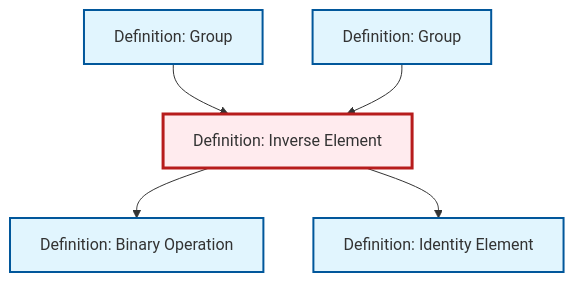
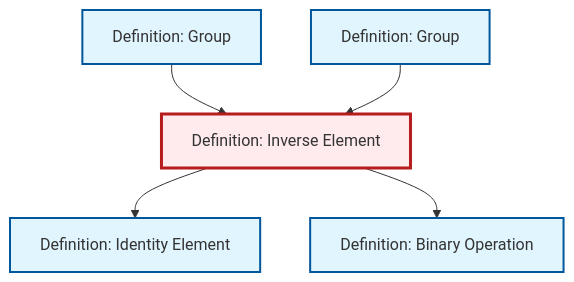
The diagram in output/mermaid/def-inverse-element.mermaid (RK0429/ModernMath), drawn with Mermaid before and after one commit. The commit also changed other lines of this file and 732 other files, not shown here.

````diff
--- a/output/mermaid/def-inverse-element.mermaid
+++ b/output/mermaid/def-inverse-element.mermaid
@@ -1,19 +1,19 @@
 ```{mermaid}
 %%| fig-cap: "Local dependency graph"
 graph TD
     classDef definition fill:#e1f5fe,stroke:#01579b,stroke-width:2px
     classDef theorem fill:#f3e5f5,stroke:#4a148c,stroke-width:2px
     classDef axiom fill:#fff3e0,stroke:#e65100,stroke-width:2px
     classDef example fill:#e8f5e9,stroke:#1b5e20,stroke-width:2px
     classDef current fill:#ffebee,stroke:#b71c1c,stroke-width:3px
     def-group-example["Definition: Group"]:::definition
+    def-identity-element["Definition: Identity Element"]:::definition
     def-group["Definition: Group"]:::definition
+    def-inverse-element["Definition: Inverse Element"]:::definition
     def-binary-operation["Definition: Binary Operation"]:::definition
-    def-inverse-element["Definition: Inverse Element"]:::definition
-    def-identity-element["Definition: Identity Element"]:::definition
     def-group-example --> def-inverse-element
+    def-inverse-element --> def-identity-element
     def-group --> def-inverse-element
     def-inverse-element --> def-binary-operation
-    def-inverse-element --> def-identity-element
     class def-inverse-element current
 ```
````
